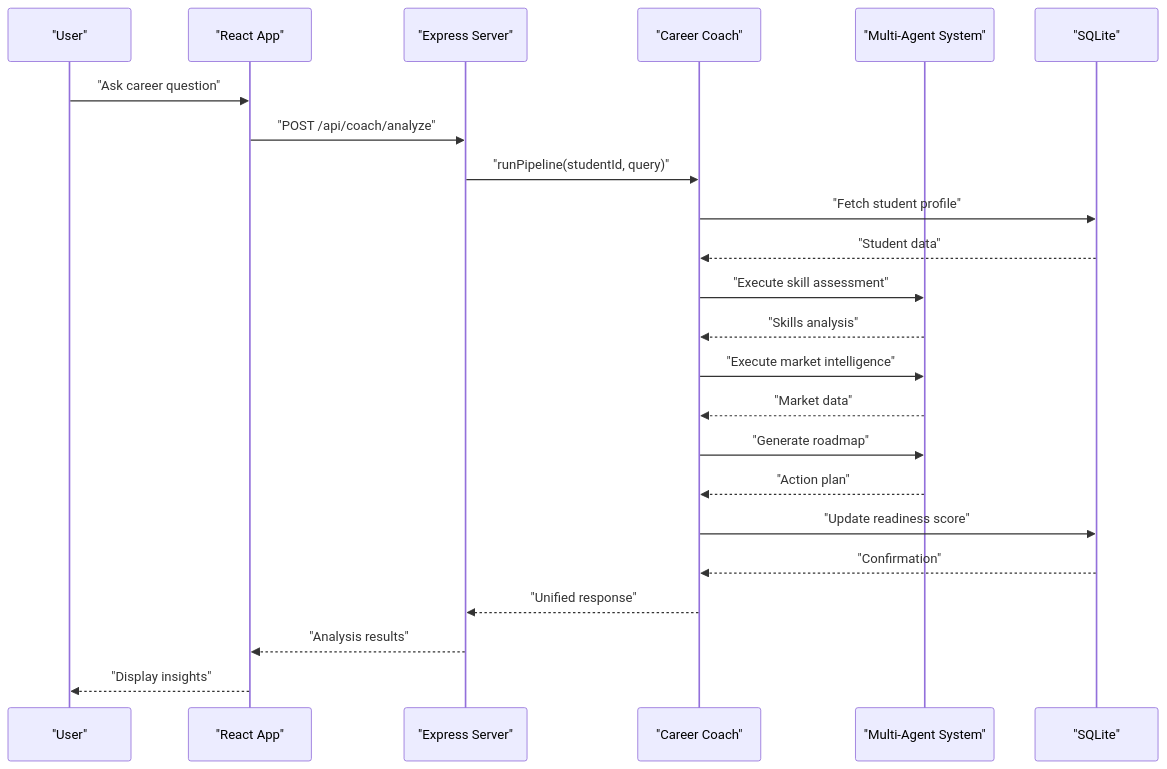
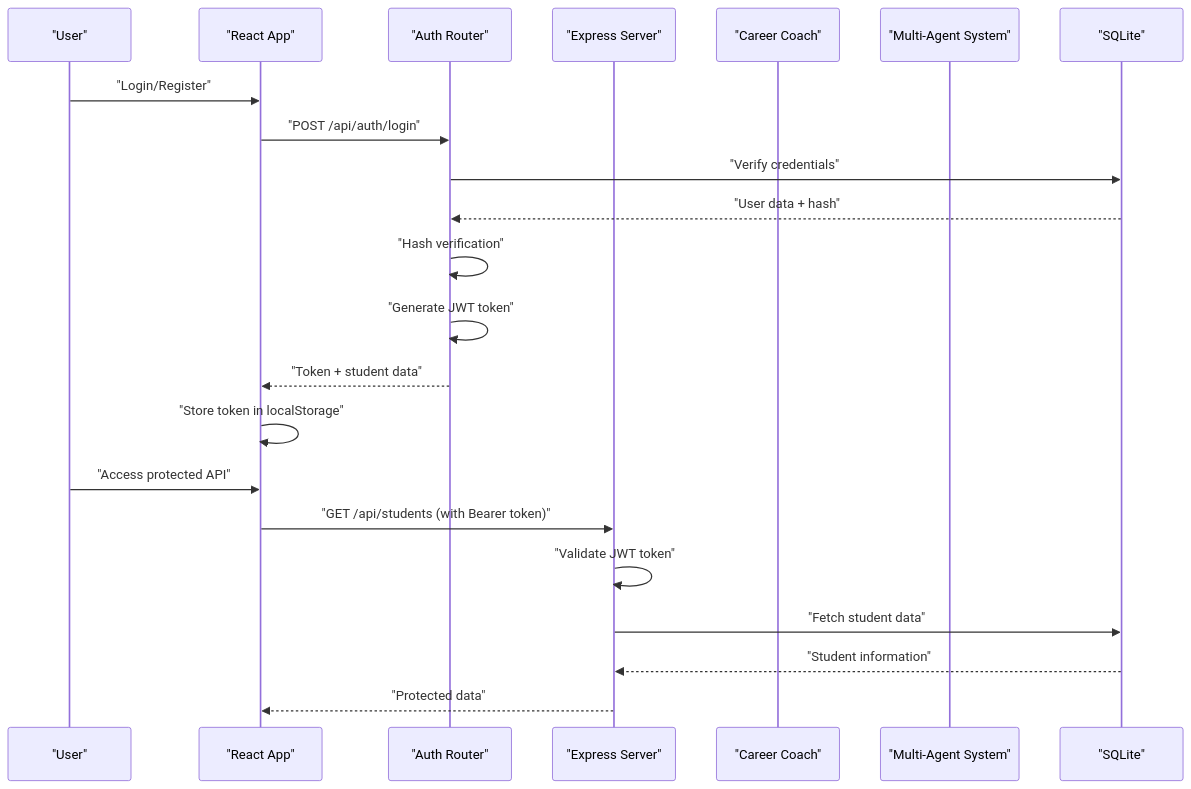
One commit to Alishba-Moin/CareerCompass changed the second of 3 diagrams in .qoder/repowiki/en/content/Project Overview.md. Above: the diagram before and after it, drawn with Mermaid. The commit also changed other lines of this file and 17 other files, not shown here.

````diff
--- a/.qoder/repowiki/en/content/Project Overview.md
+++ b/.qoder/repowiki/en/content/Project Overview.md
@@ -143,25 +160,24 @@
 ```mermaid
 sequenceDiagram
 participant User as "User"
 participant Frontend as "React App"
+participant Auth as "Auth Router"
 participant Backend as "Express Server"
 participant Orchestrator as "Career Coach"
 participant Agents as "Multi-Agent System"
 participant Database as "SQLite"
-User->>Frontend : "Ask career question"
-Frontend->>Backend : "POST /api/coach/analyze"
-Backend->>Orchestrator : "runPipeline(studentId, query)"
-Orchestrator->>Database : "Fetch student profile"
-Database-->>Orchestrator : "Student data"
-Orchestrator->>Agents : "Execute skill assessment"
-Agents-->>Orchestrator : "Skills analysis"
-Orchestrator->>Agents : "Execute market intelligence"
-Agents-->>Orchestrator : "Market data"
-Orchestrator->>Agents : "Generate roadmap"
-Agents-->>Orchestrator : "Action plan"
-Orchestrator->>Database : "Update readiness score"
-Database-->>Orchestrator : "Confirmation"
-Orchestrator-->>Backend : "Unified response"
-Backend-->>Frontend : "Analysis results"
-Frontend-->>User : "Display insights"
+User->>Frontend : "Login/Register"
+Frontend->>Auth : "POST /api/auth/login"
+Auth->>Database : "Verify credentials"
+Database-->>Auth : "User data + hash"
+Auth->>Auth : "Hash verification"
+Auth->>Auth : "Generate JWT token"
+Auth-->>Frontend : "Token + student data"
+Frontend->>Frontend : "Store token in localStorage"
+User->>Frontend : "Access protected API"
+Frontend->>Backend : "GET /api/students (with Bearer token)"
+Backend->>Backend : "Validate JWT token"
+Backend->>Database : "Fetch student data"
+Database-->>Backend : "Student information"
+Backend-->>Frontend : "Protected data"
 ```
````
